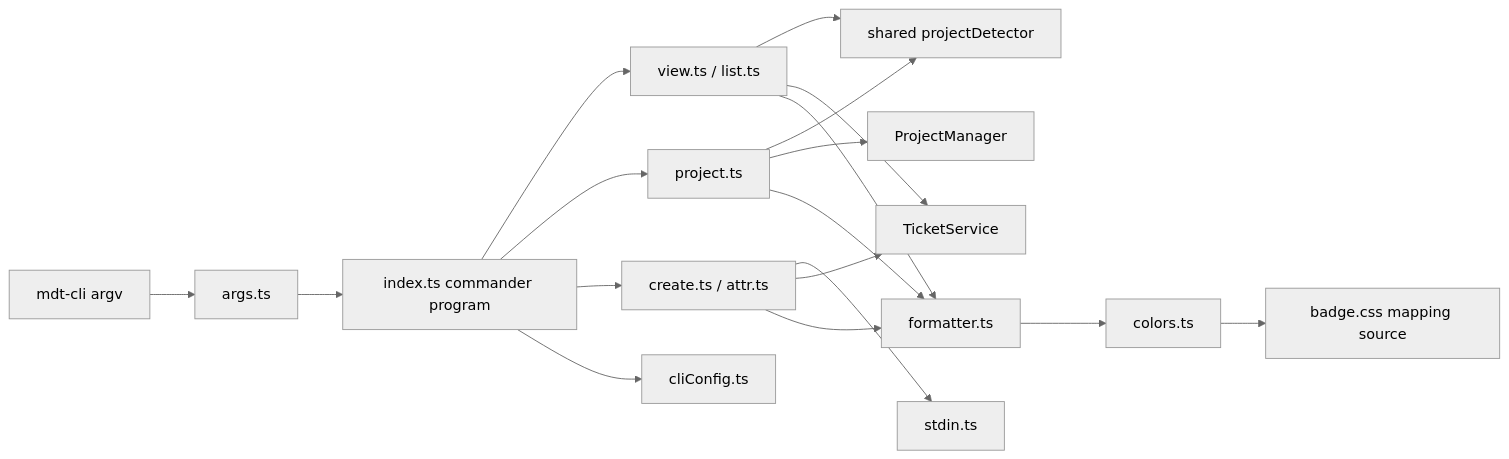
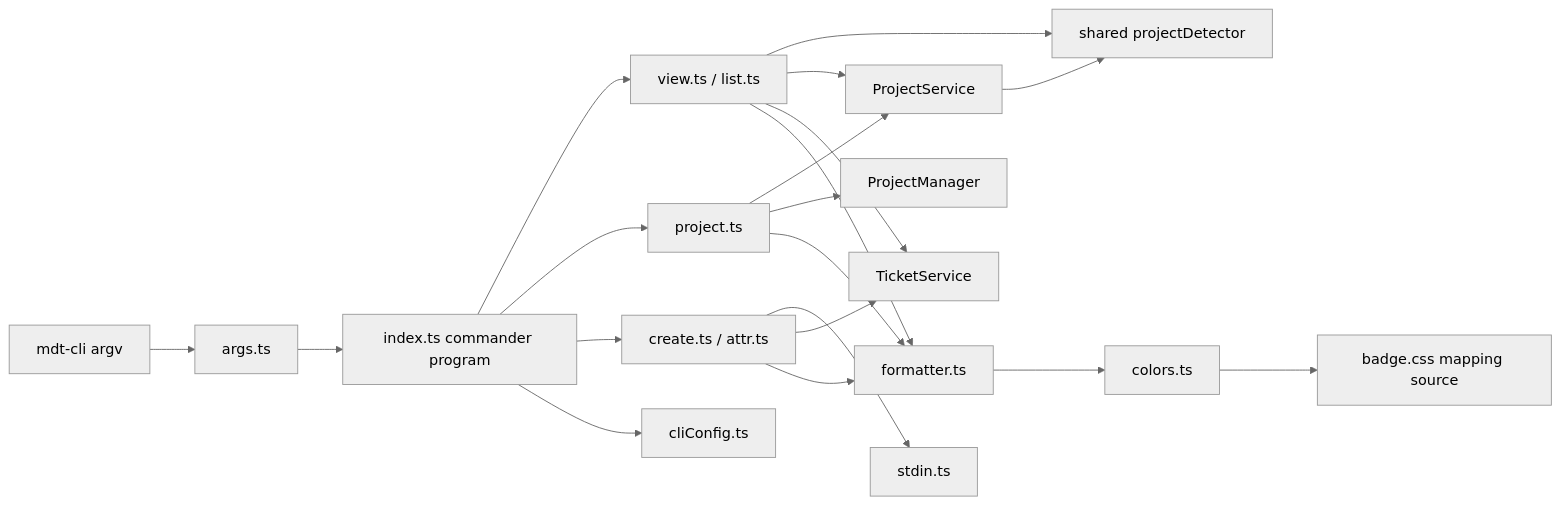
The diagram in docs/CRs/MDT-143/architecture.md (andkirby/markdown-ticket), drawn with Mermaid (neutral theme) before and after one commit. The commit also changed other lines of this file and 6 other files, not shown here.

Commit message:
docs(MDT-143): align CLI specs to shared service boundary

````diff
--- a/docs/CRs/MDT-143/architecture.md
+++ b/docs/CRs/MDT-143/architecture.md
@@ -73,23 +79,25 @@
 ```mermaid
 flowchart LR
     CLI["mdt-cli argv"] --> ARGS["args.ts"]
     ARGS --> ENTRY["index.ts commander program"]
 
     ENTRY --> VIEW["view.ts / list.ts"]
     ENTRY --> PROJECT["project.ts"]
     ENTRY --> MUTATE["create.ts / attr.ts"]
 
     VIEW --> DETECTOR["shared projectDetector"]
-    PROJECT --> DETECTOR
+    PROJECT --> PROJ["ProjectService"]
+    PROJ --> DETECTOR["shared projectDetector"]
     PROJECT --> PM["ProjectManager"]
     MUTATE --> STDIN["stdin.ts"]
     MUTATE --> TICKET["TicketService"]
+    VIEW --> PROJ
     VIEW --> TICKET
 
     ENTRY --> CFG["cliConfig.ts"]
     VIEW --> FORMAT["formatter.ts"]
     PROJECT --> FORMAT
     MUTATE --> FORMAT
     FORMAT --> COLORS["colors.ts"]
     COLORS --> BADGE["badge.css mapping source"]
 ```
````
